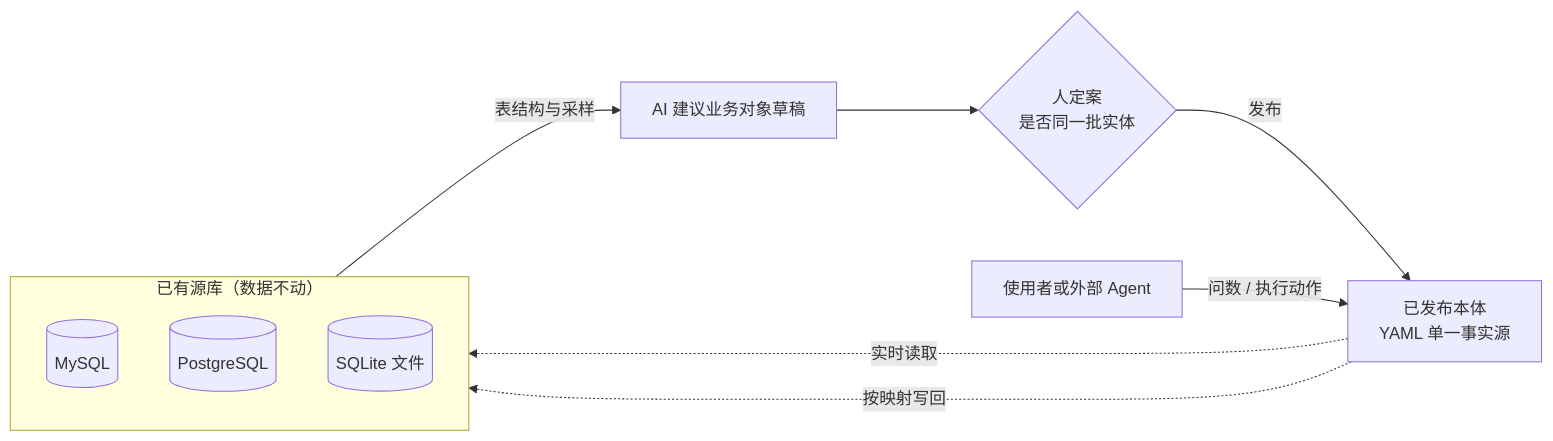
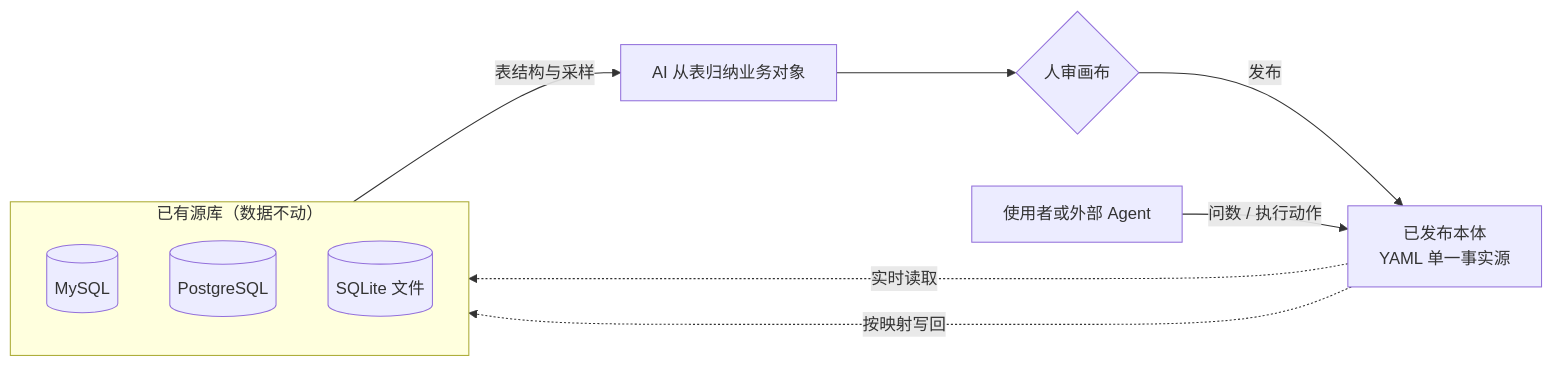
One commit to majiang213/Ontos changed the first of 4 diagrams in README.md. Above: the diagram before and after it, drawn with Mermaid. The commit also changed other lines of this file and 74 other files, not shown here.

````diff
--- a/README.md
+++ b/README.md
@@ -39,14 +39,14 @@
 ```mermaid
 flowchart LR
     subgraph src["已有源库（数据不动）"]
         A[(MySQL)]
         B[(PostgreSQL)]
         C[(SQLite 文件)]
     end
-    src -- 表结构与采样 --> P[AI 建议业务对象草稿]
-    P --> J{人定案<br/>是否同一批实体}
+    src -- 表结构与采样 --> P[AI 从表归纳业务对象]
+    P --> J{人审画布}
     J -- 发布 --> O["已发布本体<br/>YAML 单一事实源"]
     U[使用者或外部 Agent] -- 问数 / 执行动作 --> O
     O -. 实时读取 .-> src
     O -. 按映射写回 .-> src
 ```
````
